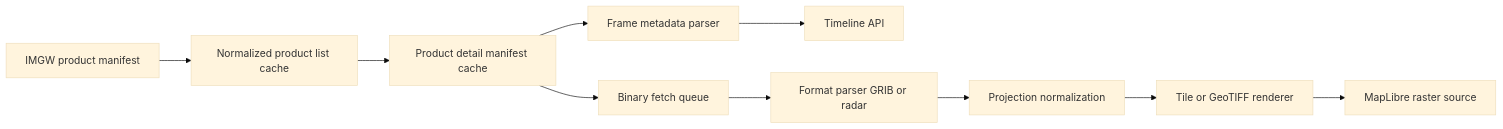
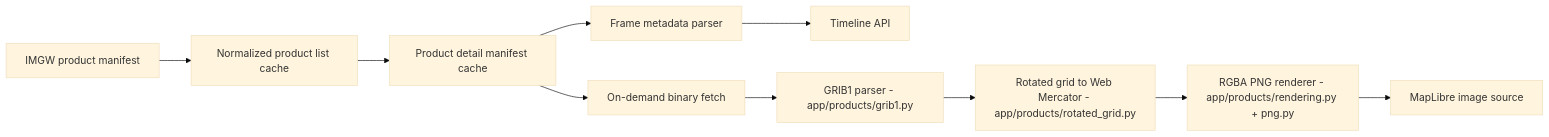
Before and after one commit to Adiker/MeteoLens: the diagram in docs/products/RASTER_PIPELINE.md, drawn with Mermaid (base theme). The commit also changed other lines of this file and 36 other files, not shown here.

````diff
--- a/docs/products/RASTER_PIPELINE.md
+++ b/docs/products/RASTER_PIPELINE.md
@@ -15,12 +19,12 @@
 ```mermaid
 flowchart LR
   A[IMGW product manifest] --> B[Normalized product list cache]
   B --> C[Product detail manifest cache]
   C --> D[Frame metadata parser]
   D --> E[Timeline API]
-  C --> F[Binary fetch queue]
-  F --> G[Format parser GRIB or radar]
-  G --> H[Projection normalization]
-  H --> I[Tile or GeoTIFF renderer]
-  I --> J[MapLibre raster source]
+  C --> F[On-demand binary fetch]
+  F --> G[GRIB1 parser - app/products/grib1.py]
+  G --> H[Rotated grid to Web Mercator - app/products/rotated_grid.py]
+  H --> I[RGBA PNG renderer - app/products/rendering.py + png.py]
+  I --> J[MapLibre image source]
 ```
````
